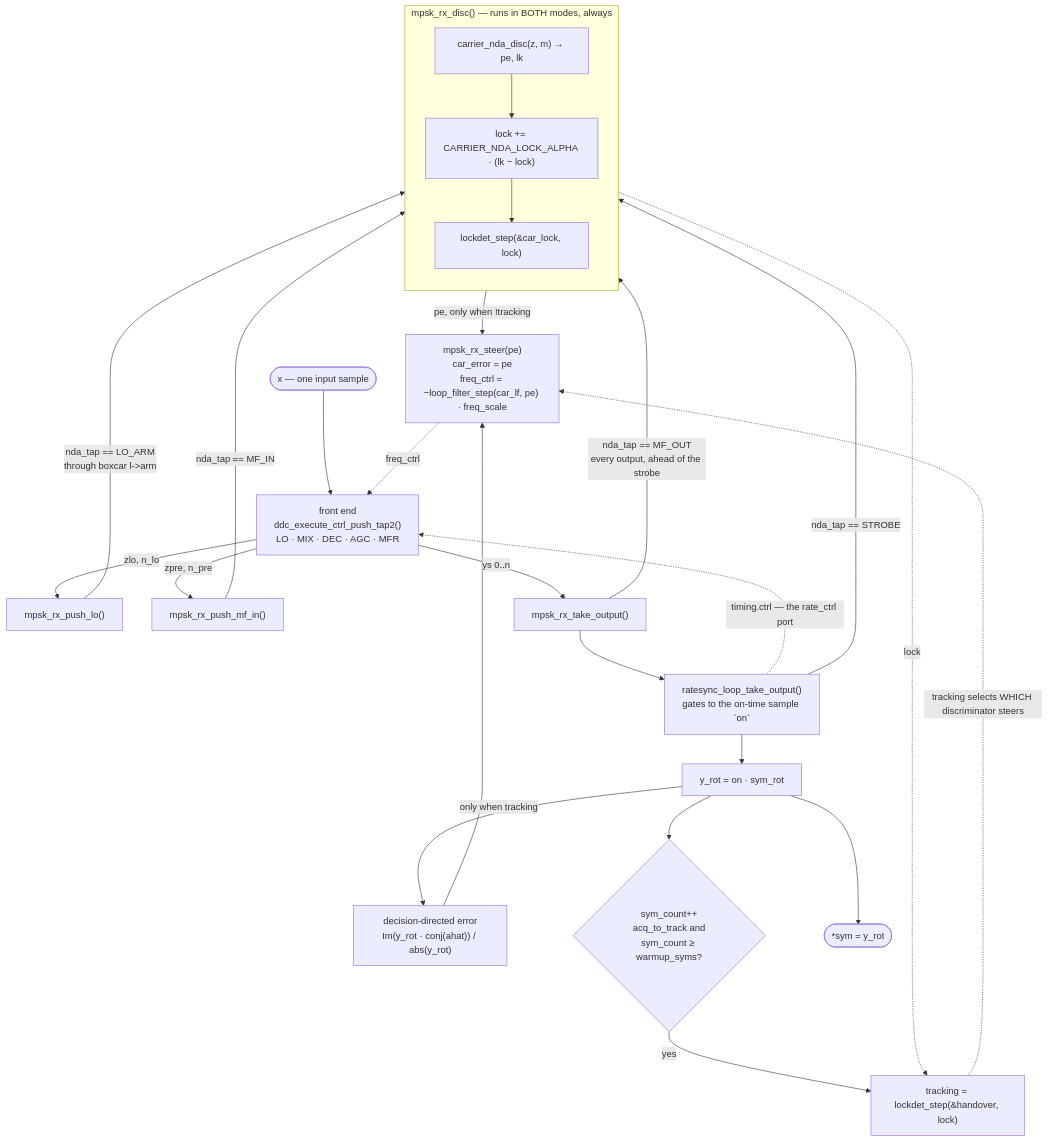
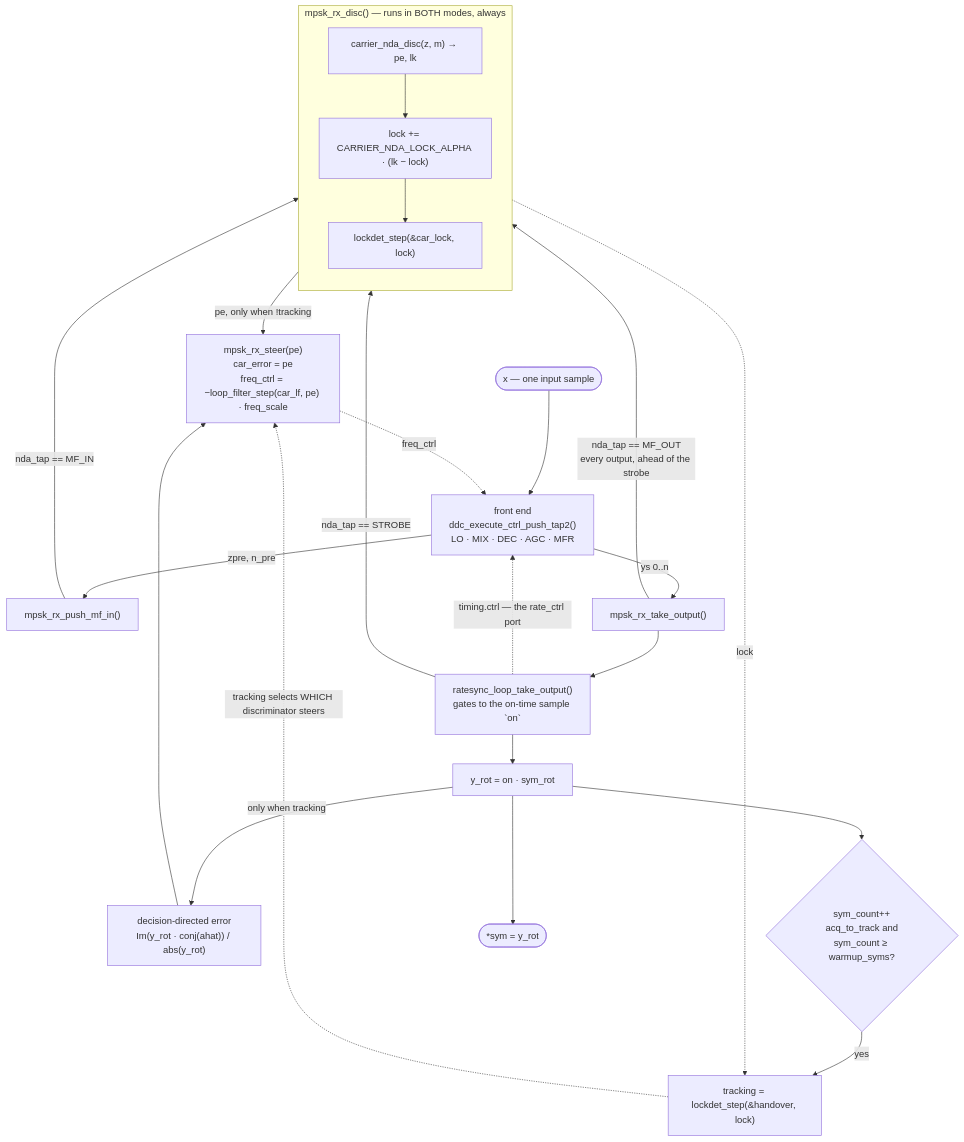
The second of 2 diagrams in docs/design/mpsk.md (doppler-dsp/doppler), drawn with Mermaid before and after one commit. The commit also changed other lines of this file and 45 other files, not shown here.

````diff
--- a/docs/design/mpsk.md
+++ b/docs/design/mpsk.md
@@ -171,41 +171,39 @@
 ```mermaid
 flowchart TB
     X(["x — one input sample"])
     FE["front end<br/>ddc_execute_ctrl_push_tap2()<br/>LO · MIX · DEC · AGC · MFR"]
     X --> FE
 
-    FE -->|"zlo, n_lo"| PLO["mpsk_rx_push_lo()"]
     FE -->|"zpre, n_pre"| PMI["mpsk_rx_push_mf_in()"]
     FE -->|"ys 0..n"| TO["mpsk_rx_take_output()"]
 
-    PLO -->|"nda_tap == LO_ARM<br/>through boxcar l-&gt;arm"| DISC
     PMI -->|"nda_tap == MF_IN"| DISC
     TO -->|"nda_tap == MF_OUT<br/>every output, ahead of the strobe"| DISC
 
     TO --> RL["ratesync_loop_take_output()<br/>gates to the on-time sample `on`"]
     RL -->|"nda_tap == STROBE"| DISC
 
     subgraph D["mpsk_rx_disc() — runs in BOTH modes, always"]
         direction TB
         DISC["carrier_nda_disc(z, m) → pe, lk"]
         LKE["lock += CARRIER_NDA_LOCK_ALPHA · (lk − lock)"]
         CLD["lockdet_step(&amp;car_lock, lock)"]
         DISC --> LKE --> CLD
     end
 
     RL --> ROT["y_rot = on · sym_rot"]
     DISC -->|"pe, only when !tracking"| STEER
     ROT -->|"only when tracking"| DD["decision-directed error<br/>Im(y_rot · conj(ahat)) / abs(y_rot)"]
     DD --> STEER
 
     STEER["mpsk_rx_steer(pe)<br/>car_error = pe<br/>freq_ctrl = −loop_filter_step(car_lf, pe) · freq_scale"]
 
     ROT --> HO{"sym_count++<br/>acq_to_track and<br/>sym_count ≥ warmup_syms?"}
     HO -->|"yes"| HOS["tracking = lockdet_step(&amp;handover, lock)"]
     LKE -.->|"lock"| HOS
     HOS -.->|"tracking selects WHICH discriminator steers"| STEER
 
     STEER -.->|"freq_ctrl"| FE
     RL -.->|"timing.ctrl — the rate_ctrl port"| FE
     ROT --> OUT(["*sym = y_rot"])
 ```
````
